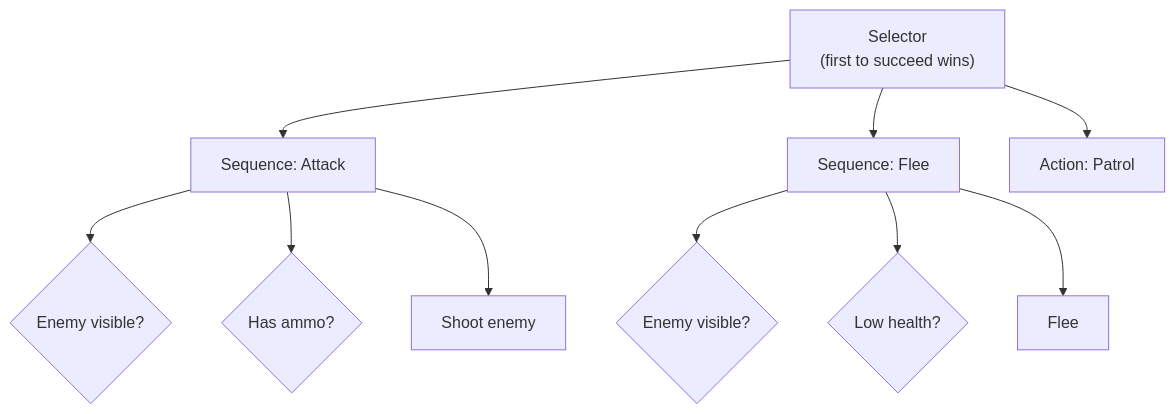
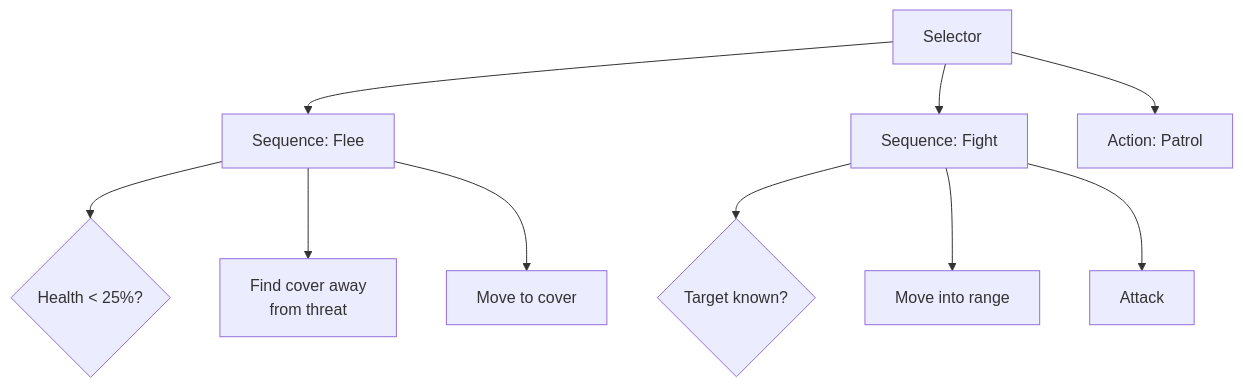
One commit to AndrewAltimit/Documentation changed the fourth of 8 diagrams in github-pages/docs/ai-ml/game-ai.md. Above: the diagram before and after it, drawn with Mermaid. The commit also changed other lines of this file and 240 other files, not shown here.

````diff
--- a/github-pages/docs/ai-ml/game-ai.md
+++ b/github-pages/docs/ai-ml/game-ai.md
@@ -257,12 +167,12 @@
 ```mermaid
 flowchart TD
-    Sel["Selector<br/>(first to succeed wins)"] --> Atk["Sequence: Attack"]
-    Sel --> Flee["Sequence: Flee"]
-    Sel --> Pat["Action: Patrol"]
-    Atk --> A1{"Enemy visible?"}
-    Atk --> A2{"Has ammo?"}
-    Atk --> A3["Shoot enemy"]
-    Flee --> F1{"Enemy visible?"}
-    Flee --> F2{"Low health?"}
-    Flee --> F3["Flee"]
+    Root["Selector"] --> Flee["Sequence: Flee"]
+    Root --> Fight["Sequence: Fight"]
+    Root --> Patrol["Action: Patrol"]
+    Flee --> F1{"Health < 25%?"}
+    Flee --> F2["Find cover away<br/>from threat"]
+    Flee --> F3["Move to cover"]
+    Fight --> A1{"Target known?"}
+    Fight --> A2["Move into range"]
+    Fight --> A3["Attack"]
 ```
````
